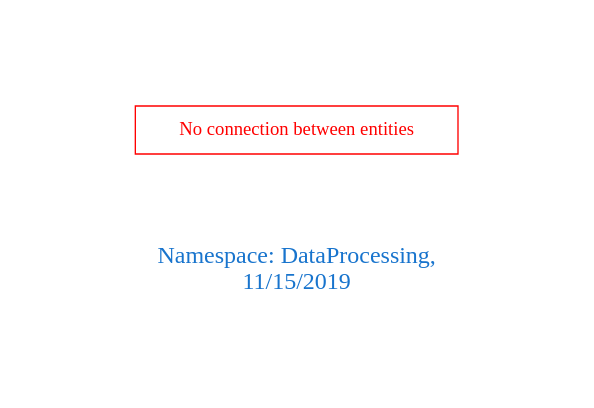
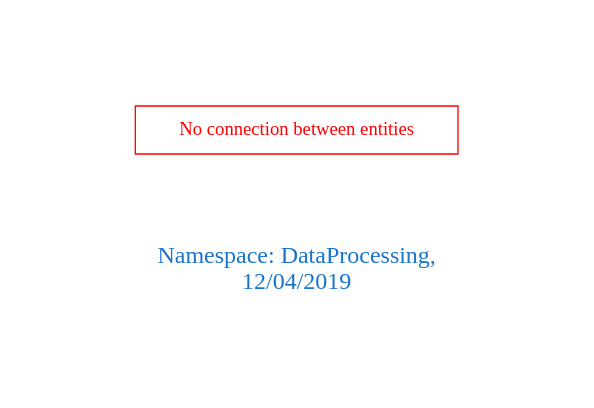
Before and after one commit to arago/OGIT: the diagram in downloads/DataProcessing.dot, drawn with Graphviz. The commit also changed 1604 other files, not shown here.

```diff
--- a/downloads/DataProcessing.dot
+++ b/downloads/DataProcessing.dot
@@ -1,9 +1,9 @@
 digraph OGIT_ontology {
  graph [ rankdir= LR,pad=1 
 fontsize = 18,
-fontcolor= dodgerblue3,label = "\n\n\nNamespace: DataProcessing, \n 11/15/2019"];
+fontcolor= dodgerblue3,label = "\n\n\nNamespace: DataProcessing, \n 12/04/2019"];
 node[shape=polygon];
 edge [  color="gray81"];
 
 "No connection between entities" [fontcolor = "red",color="red", shape="polygon"]
 }
```
